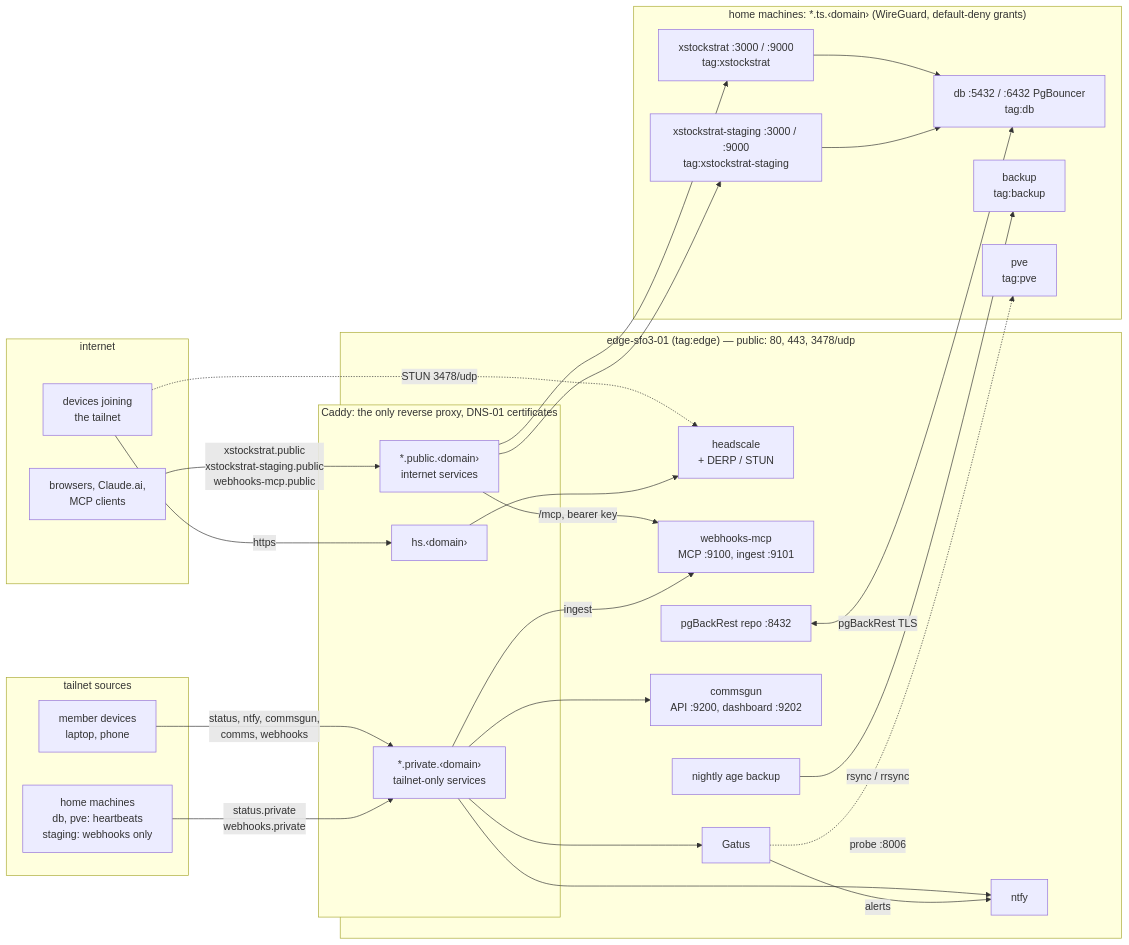
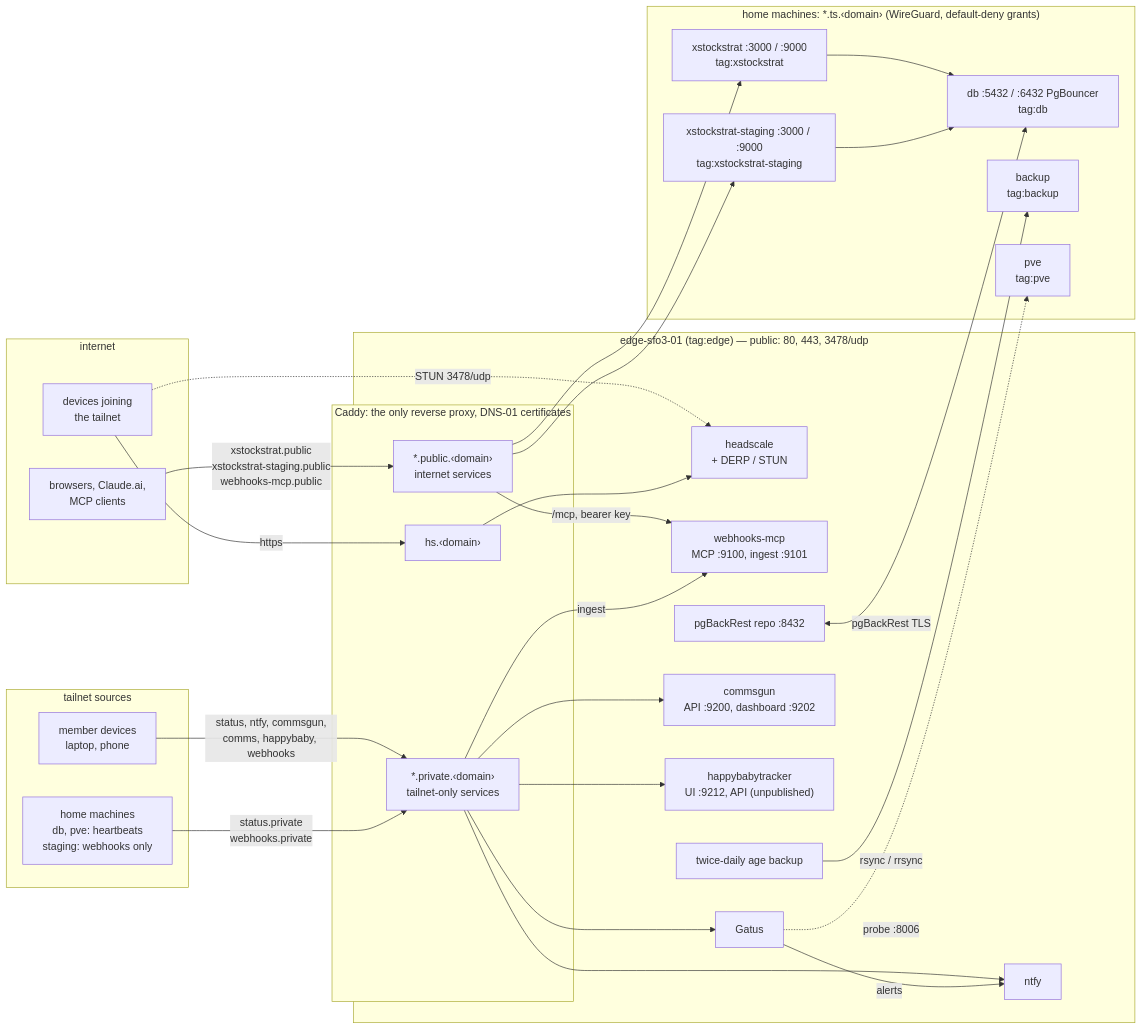
The diagram in README.md (davcs86/homelab-edge), drawn with Mermaid before and after one commit. The commit also changed other lines of this file and 7 other files, not shown here.

````diff
--- a/README.md
+++ b/README.md
@@ -6,58 +6,60 @@
 ```mermaid
 flowchart LR
   subgraph internet["internet"]
     joining["devices joining<br/>the tailnet"]
     clients["browsers, Claude.ai,<br/>MCP clients"]
   end
 
   subgraph callers["tailnet sources"]
     members["member devices<br/>laptop, phone"]
     pushers["home machines<br/>db, pve: heartbeats<br/>staging: webhooks only"]
   end
 
   subgraph edge["edge-sfo3-01 (tag:edge) — public: 80, 443, 3478/udp"]
     subgraph caddy["Caddy: the only reverse proxy, DNS-01 certificates"]
       hs["hs.‹domain›"]
       pub["*.public.‹domain›<br/>internet services"]
       priv["*.private.‹domain›<br/>tailnet-only services"]
     end
     headscale["headscale<br/>+ DERP / STUN"]
     wmcp["webhooks-mcp<br/>MCP :9100, ingest :9101"]
     gatus["Gatus"]
     ntfy["ntfy"]
     commsgun["commsgun<br/>API :9200, dashboard :9202"]
+    happybaby["happybabytracker<br/>UI :9212, API (unpublished)"]
     repo["pgBackRest repo :8432"]
-    backupjob["nightly age backup"]
+    backupjob["twice-daily age backup"]
   end
 
   subgraph home["home machines: *.ts.‹domain› (WireGuard, default-deny grants)"]
     app["xstockstrat :3000 / :9000<br/>tag:xstockstrat"]
     staging["xstockstrat-staging :3000 / :9000<br/>tag:xstockstrat-staging"]
     db["db :5432 / :6432 PgBouncer<br/>tag:db"]
     backuphost["backup<br/>tag:backup"]
     pve["pve<br/>tag:pve"]
   end
 
   joining -- "https" --> hs
   joining -. "STUN 3478/udp" .-> headscale
   hs --> headscale
 
   clients -- "xstockstrat.public<br/>xstockstrat-staging.public<br/>webhooks-mcp.public" --> pub
   pub -- "/mcp, bearer key" --> wmcp
   pub --> app
   pub --> staging
 
-  members -- "status, ntfy, commsgun,<br/>comms, webhooks" --> priv
+  members -- "status, ntfy, commsgun,<br/>comms, happybaby, webhooks" --> priv
   pushers -- "status.private<br/>webhooks.private" --> priv
   priv -- "ingest" --> wmcp
   priv --> gatus
   priv --> ntfy
   priv --> commsgun
+  priv --> happybaby
   gatus -- "alerts" --> ntfy
 
   app --> db
   staging --> db
   repo <-- "pgBackRest TLS" --> db
   backupjob -- "rsync / rrsync" --> backuphost
   gatus -. "probe :8006" .-> pve
 ```
````
